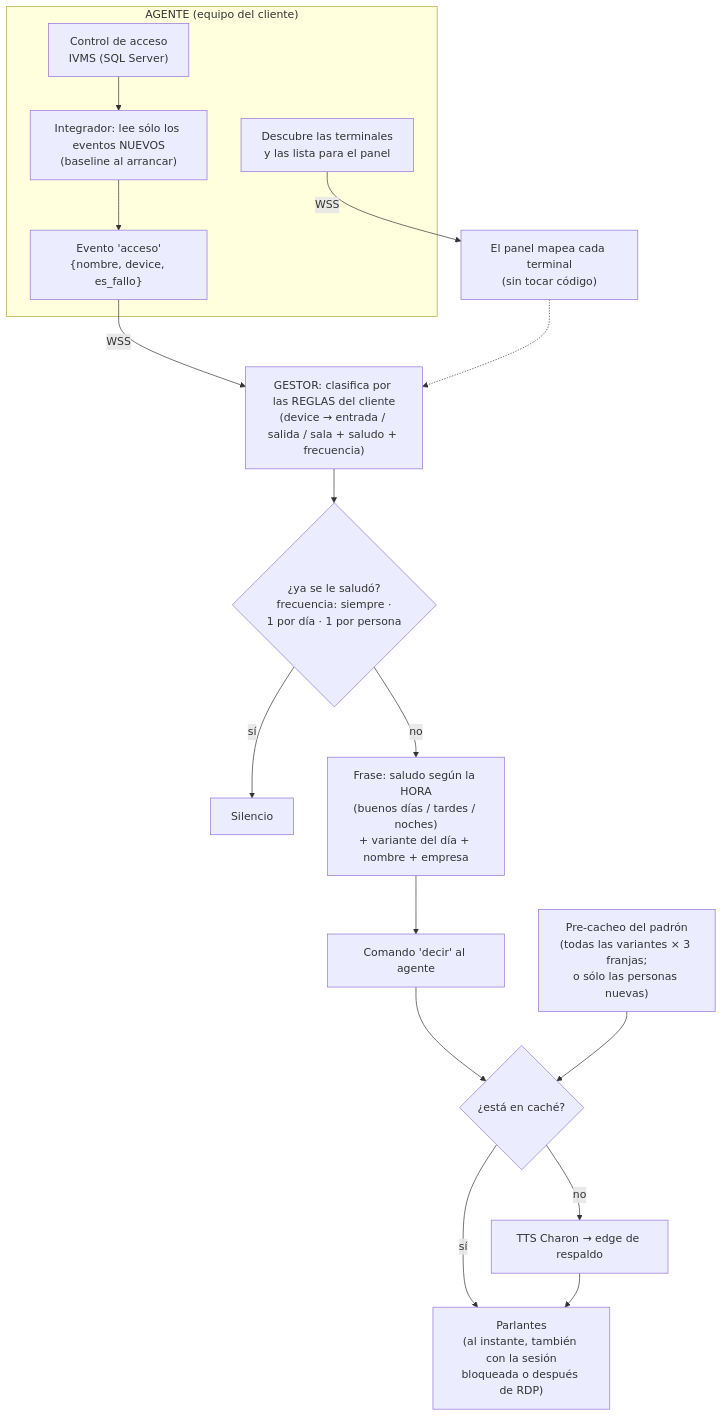
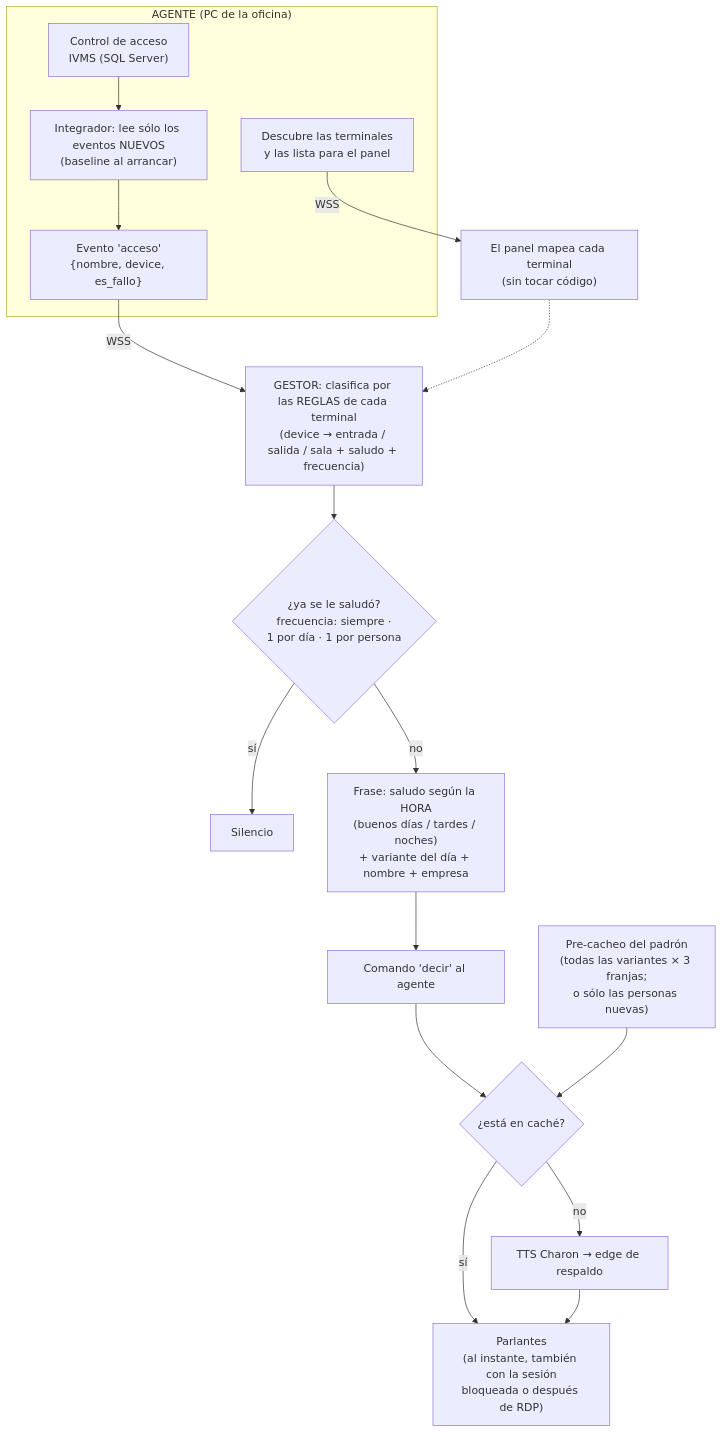
The third of 6 diagrams in DOCUMENTO_MAESTRO.md (bsierra4262/ithos), drawn with Mermaid before and after one commit. The commit also changed other lines of this file and 73 other files, not shown here.

````diff
--- a/DOCUMENTO_MAESTRO.md
+++ b/DOCUMENTO_MAESTRO.md
@@ -143,19 +146,19 @@
 ```mermaid
 flowchart TD
-    subgraph AGE["AGENTE (equipo del cliente)"]
+    subgraph AGE["AGENTE (PC de la oficina)"]
         SIS["Control de acceso<br/>IVMS (SQL Server)"] --> INT["Integrador: lee sólo los eventos NUEVOS<br/>(baseline al arrancar)"]
         INT --> EV["Evento 'acceso'<br/>{nombre, device, es_fallo}"]
         DESC["Descubre las terminales<br/>y las lista para el panel"]
     end
-    EV -->|"WSS"| CLA["GESTOR: clasifica por las REGLAS del cliente<br/>(device → entrada / salida / sala + saludo + frecuencia)"]
+    EV -->|"WSS"| CLA["GESTOR: clasifica por las REGLAS de cada terminal<br/>(device → entrada / salida / sala + saludo + frecuencia)"]
     DESC -->|"WSS"| MAP["El panel mapea cada terminal<br/>(sin tocar código)"]
     MAP -.-> CLA
     CLA --> DED{"¿ya se le saludó?<br/>frecuencia: siempre ·<br/>1 por día · 1 por persona"}
     DED -->|"sí"| NADA["Silencio"]
     DED -->|"no"| FR["Frase: saludo según la HORA<br/>(buenos días / tardes / noches)<br/>+ variante del día + nombre + empresa"]
     FR --> CMD["Comando 'decir' al agente"]
     CMD --> CAC{"¿está en caché?"}
     CAC -->|"sí"| PAR["Parlantes<br/>(al instante, también con la sesión<br/>bloqueada o después de RDP)"]
     CAC -->|"no"| TTS["TTS Charon → edge de respaldo"] --> PAR
     PRE["Pre-cacheo del padrón<br/>(todas las variantes × 3 franjas;<br/>o sólo las personas nuevas)"] --> CAC
 ```
````
